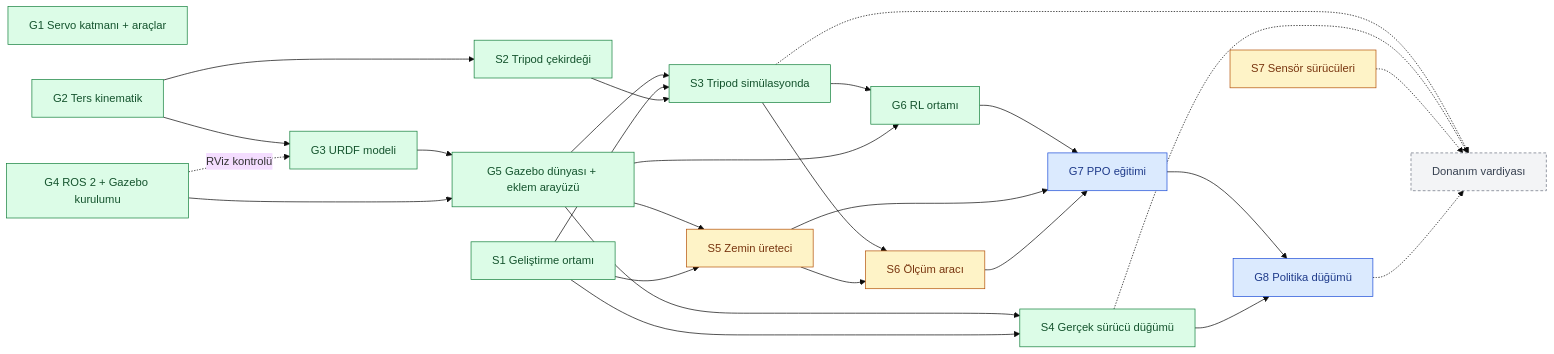
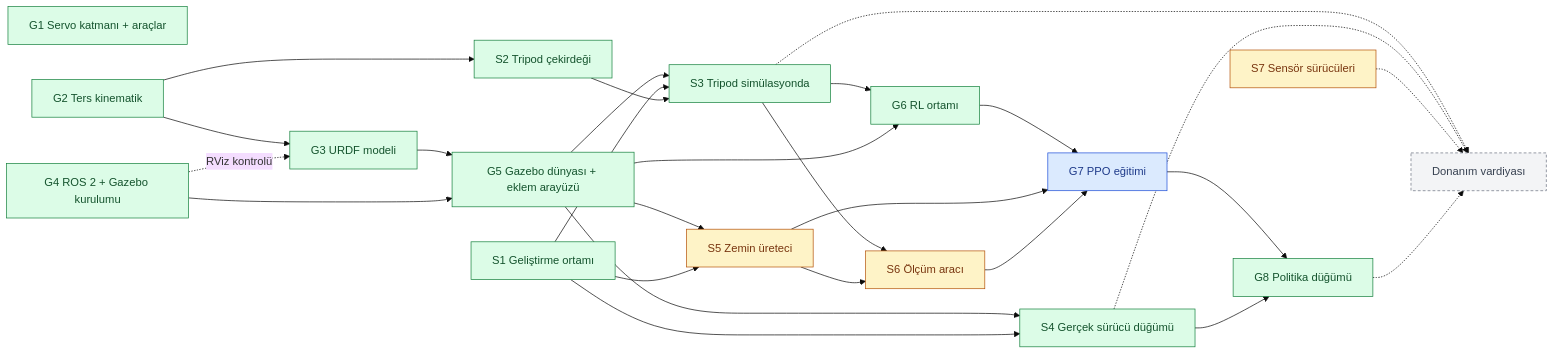
Before and after one commit to g0rkm/hexapod: the first of 2 diagrams in GOREVLER.md, drawn with Mermaid (base theme). The commit also changed other lines of this file and 21 other files, not shown here.

````diff
--- a/GOREVLER.md
+++ b/GOREVLER.md
@@ -29,55 +29,55 @@
 ```mermaid
 flowchart LR
     classDef gorkem fill:#dbeafe,stroke:#1d4ed8,color:#1e3a8a
     classDef samet fill:#fef3c7,stroke:#b45309,color:#78350f
     classDef done fill:#dcfce7,stroke:#15803d,color:#14532d
     classDef paused fill:#f3f4f6,stroke:#6b7280,color:#374151,stroke-dasharray:4 3
 
     G1[G1 Servo katmanı + araçlar]:::done
     G2[G2 Ters kinematik]:::done
     G3[G3 URDF modeli]:::done
     G4[G4 ROS 2 + Gazebo kurulumu]:::done
     G5[G5 Gazebo dünyası + eklem arayüzü]:::done
     G6[G6 RL ortamı]:::done
     G7[G7 PPO eğitimi]:::gorkem
-    G8[G8 Politika düğümü]:::gorkem
+    G8[G8 Politika düğümü]:::done
 
     S1[S1 Geliştirme ortamı]:::done
     S2[S2 Tripod çekirdeği]:::done
     S3[S3 Tripod simülasyonda]:::done
     S4[S4 Gerçek sürücü düğümü]:::done
     S5[S5 Zemin üreteci]:::samet
     S6[S6 Ölçüm aracı]:::samet
     S7[S7 Sensör sürücüleri]:::samet
 
     D[Donanım vardiyası]:::paused
 
     G2 --> G3
     G4 -.->|RViz kontrolü| G3
     G3 --> G5
     G4 --> G5
     G2 --> S2
 
     G5 --> S3
     G5 --> S4
     G5 --> S5
     S1 --> S3
     S1 --> S4
     S1 --> S5
     S2 --> S3
 
     S3 --> G6
     G5 --> G6
     G6 --> G7
     S5 --> G7
     S6 --> G7
     S3 --> S6
     S5 --> S6
     G7 --> G8
     S4 --> G8
 
     S3 -.-> D
     S4 -.-> D
     S7 -.-> D
     G8 -.-> D
 ```
````
